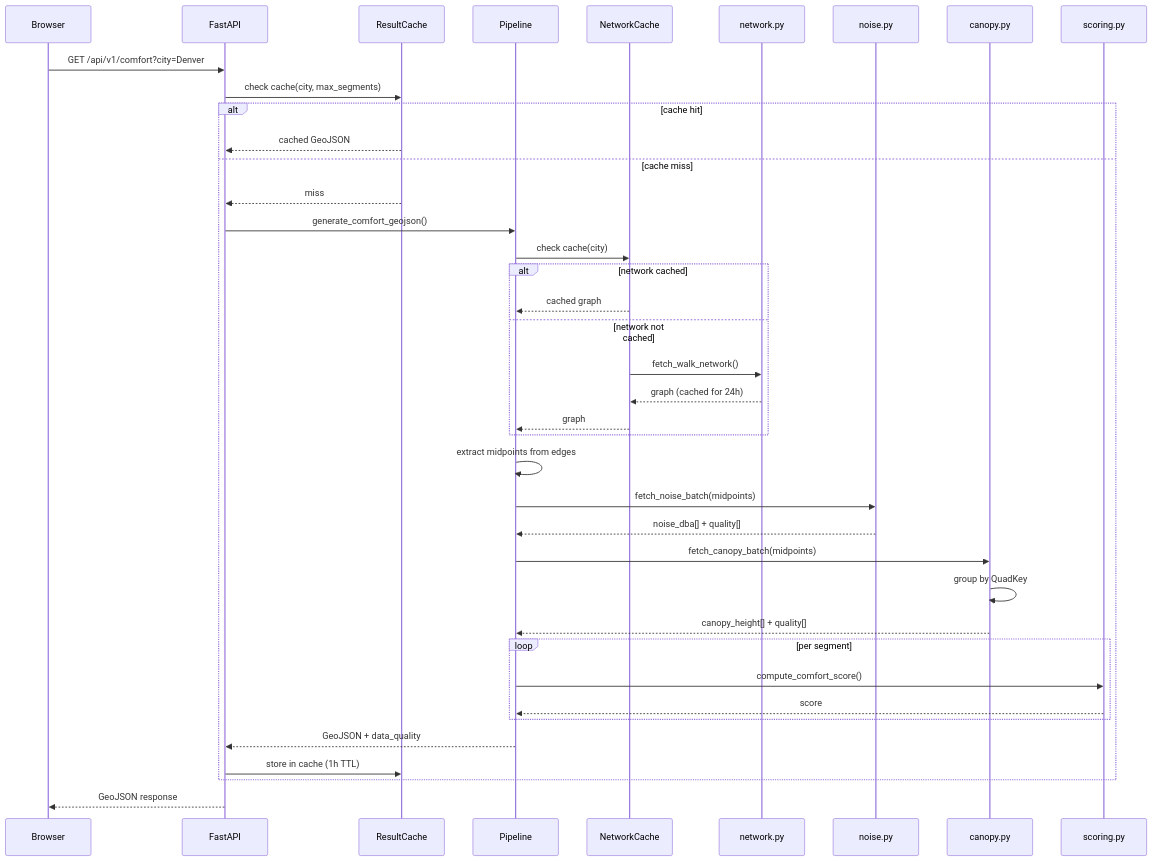
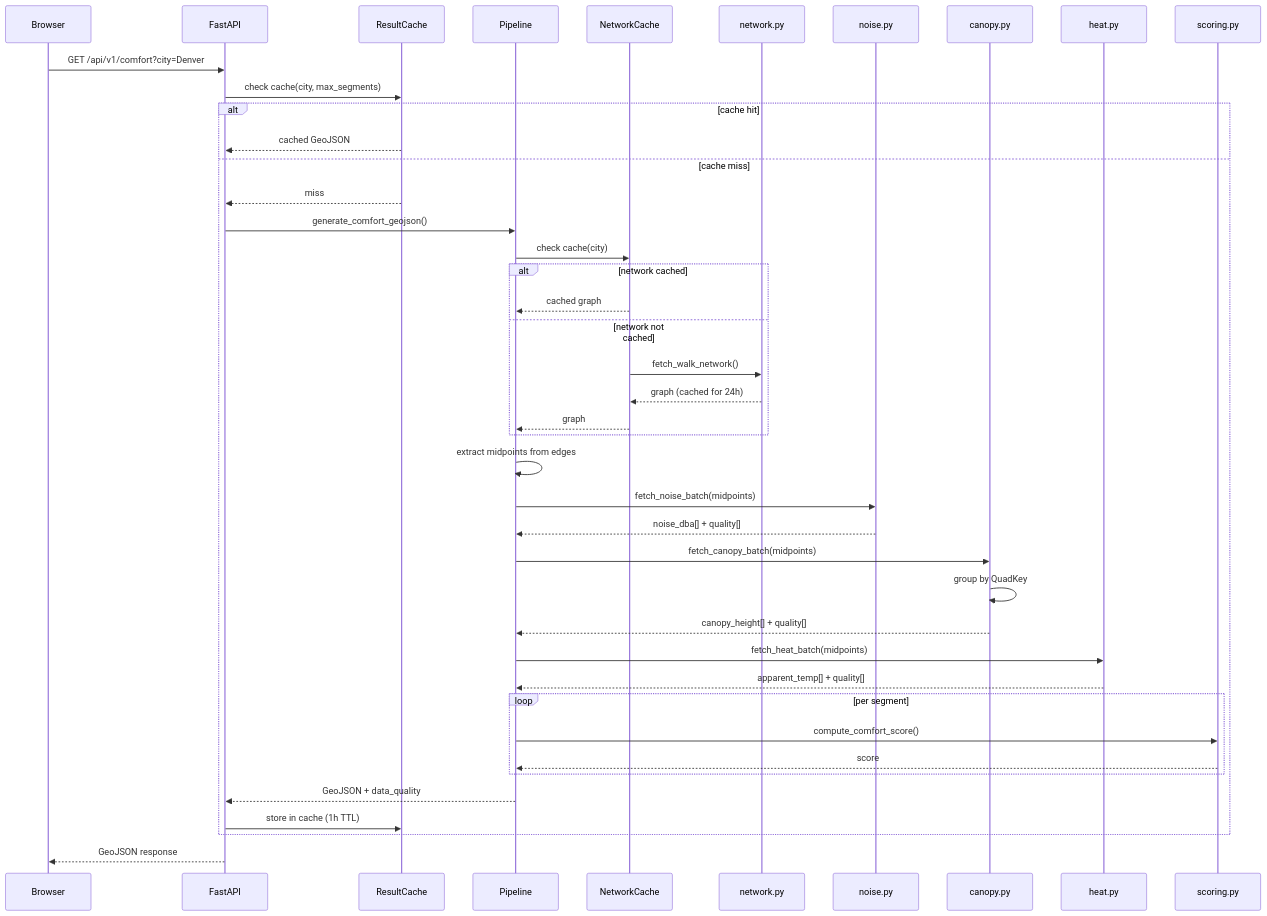
Before and after one commit to Jonathanrbarrow/HCF: the second of 2 diagrams in docs/c4/components.md, drawn with Mermaid. The commit also changed other lines of this file and 7 other files, not shown here.

````diff
--- a/docs/c4/components.md
+++ b/docs/c4/components.md
@@ -55,46 +58,50 @@
 ```mermaid
 sequenceDiagram
     participant U as Browser
     participant S as FastAPI
     participant RC as ResultCache
     participant P as Pipeline
     participant NC as NetworkCache
     participant N as network.py
     participant NZ as noise.py
     participant C as canopy.py
+    participant H as heat.py
     participant SC as scoring.py
 
     U->>S: GET /api/v1/comfort?city=Denver
     S->>RC: check cache(city, max_segments)
     alt cache hit
         RC-->>S: cached GeoJSON
     else cache miss
         RC-->>S: miss
         S->>P: generate_comfort_geojson()
         P->>NC: check cache(city)
         alt network cached
             NC-->>P: cached graph
         else network not cached
             NC->>N: fetch_walk_network()
             N-->>NC: graph (cached for 24h)
             NC-->>P: graph
         end
         P->>P: extract midpoints from edges
 
         P->>NZ: fetch_noise_batch(midpoints)
         NZ-->>P: noise_dba[] + quality[]
 
         P->>C: fetch_canopy_batch(midpoints)
         C->>C: group by QuadKey
         C-->>P: canopy_height[] + quality[]
 
+        P->>H: fetch_heat_batch(midpoints)
+        H-->>P: apparent_temp[] + quality[]
+
         loop per segment
             P->>SC: compute_comfort_score()
             SC-->>P: score
         end
 
         P-->>S: GeoJSON + data_quality
         S->>RC: store in cache (1h TTL)
     end
     S-->>U: GeoJSON response
 ```
````
